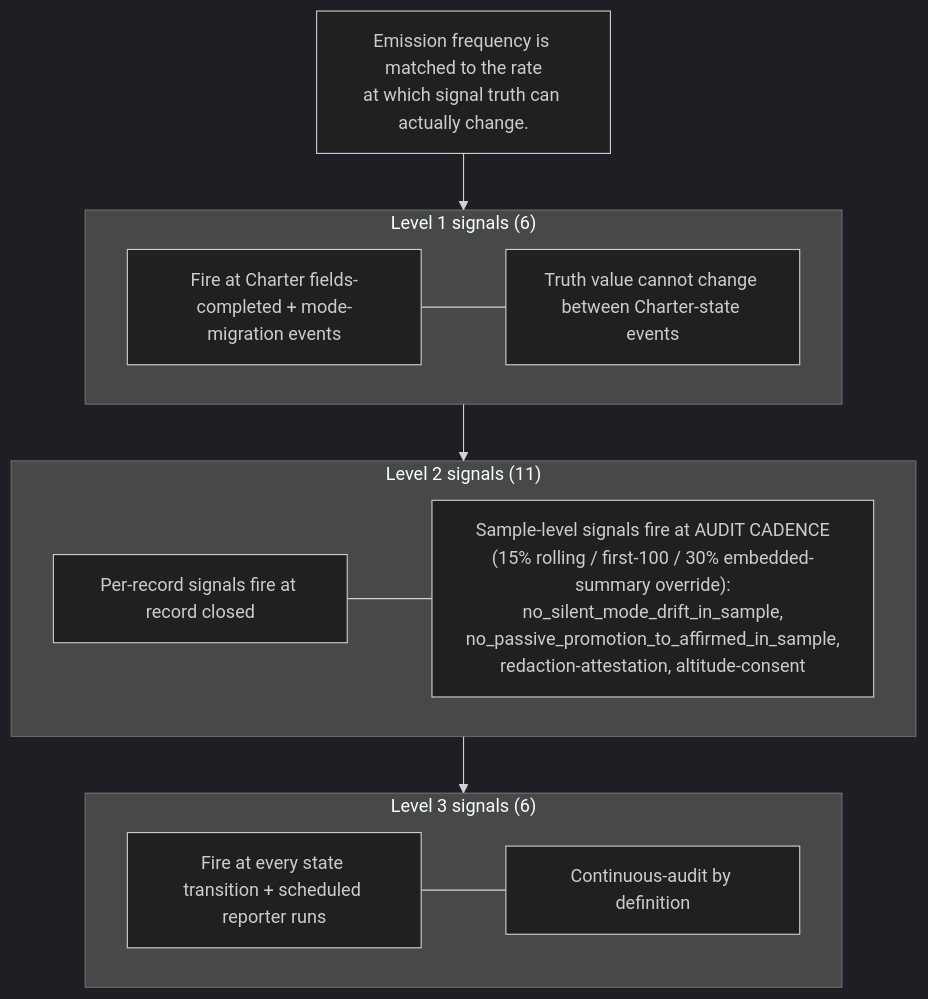
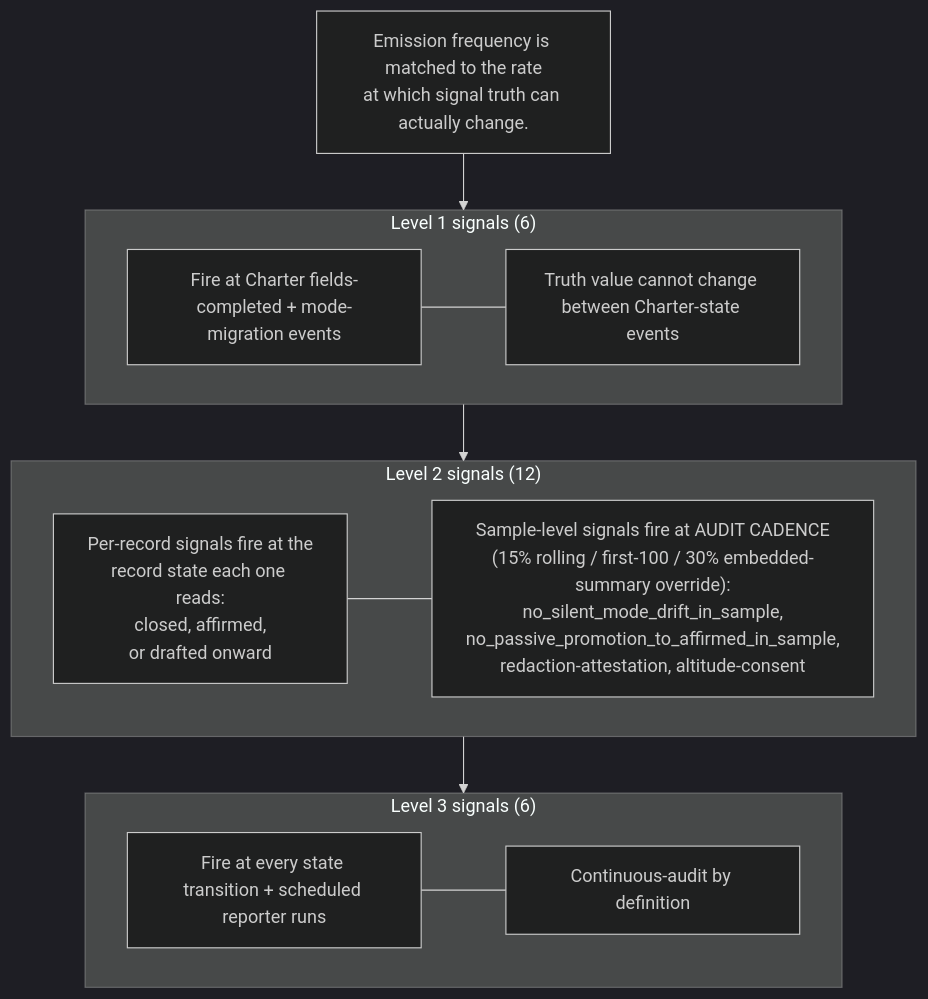
The fourth of 6 diagrams in spec/companion-D-diagrams.md (decision-provenance-standard/standard), drawn with Mermaid (dark theme) before and after one commit. The commit also changed other lines of this file and 4 other files, not shown here.

First line of the commit message:
Count 24 conformance signals, and redraw Figure 4-3 to match

````diff
--- a/spec/companion-D-diagrams.md
+++ b/spec/companion-D-diagrams.md
@@ -151,20 +151,20 @@
 ```mermaid
 flowchart TB
     principle["Emission frequency is matched to the rate<br/>at which signal truth can actually change."]
     subgraph row1["Level 1 signals (6)"]
         l1fire["Fire at Charter fields-completed + mode-migration events"]
         l1why["Truth value cannot change between Charter-state events"]
         l1fire --- l1why
     end
-    subgraph row2["Level 2 signals (11)"]
-        l2rec["Per-record signals fire at record closed"]
+    subgraph row2["Level 2 signals (12)"]
+        l2rec["Per-record signals fire at the<br/>record state each one reads:<br/>closed, affirmed,<br/>or drafted onward"]
         l2sample["Sample-level signals fire at AUDIT CADENCE<br/>(15% rolling / first-100 / 30% embedded-summary override):<br/>no_silent_mode_drift_in_sample,<br/>no_passive_promotion_to_affirmed_in_sample,<br/>redaction-attestation, altitude-consent"]
         l2rec --- l2sample
     end
     subgraph row3["Level 3 signals (6)"]
         l3fire["Fire at every state transition + scheduled reporter runs"]
         l3why["Continuous-audit by definition"]
         l3fire --- l3why
     end
     principle --> row1 --> row2 --> row3
 ```
````
